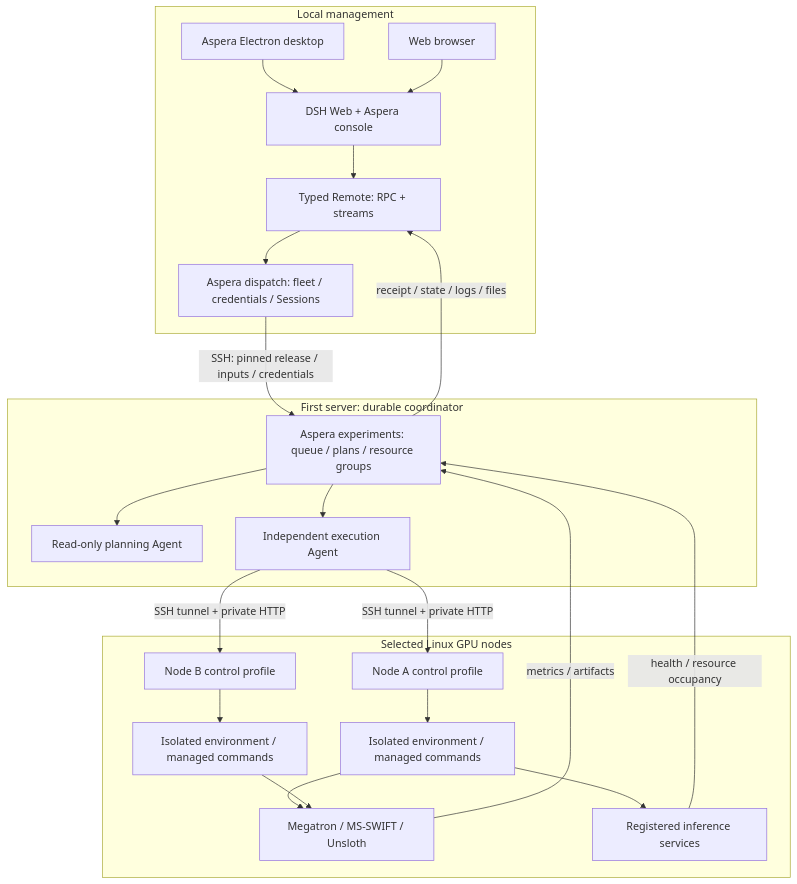
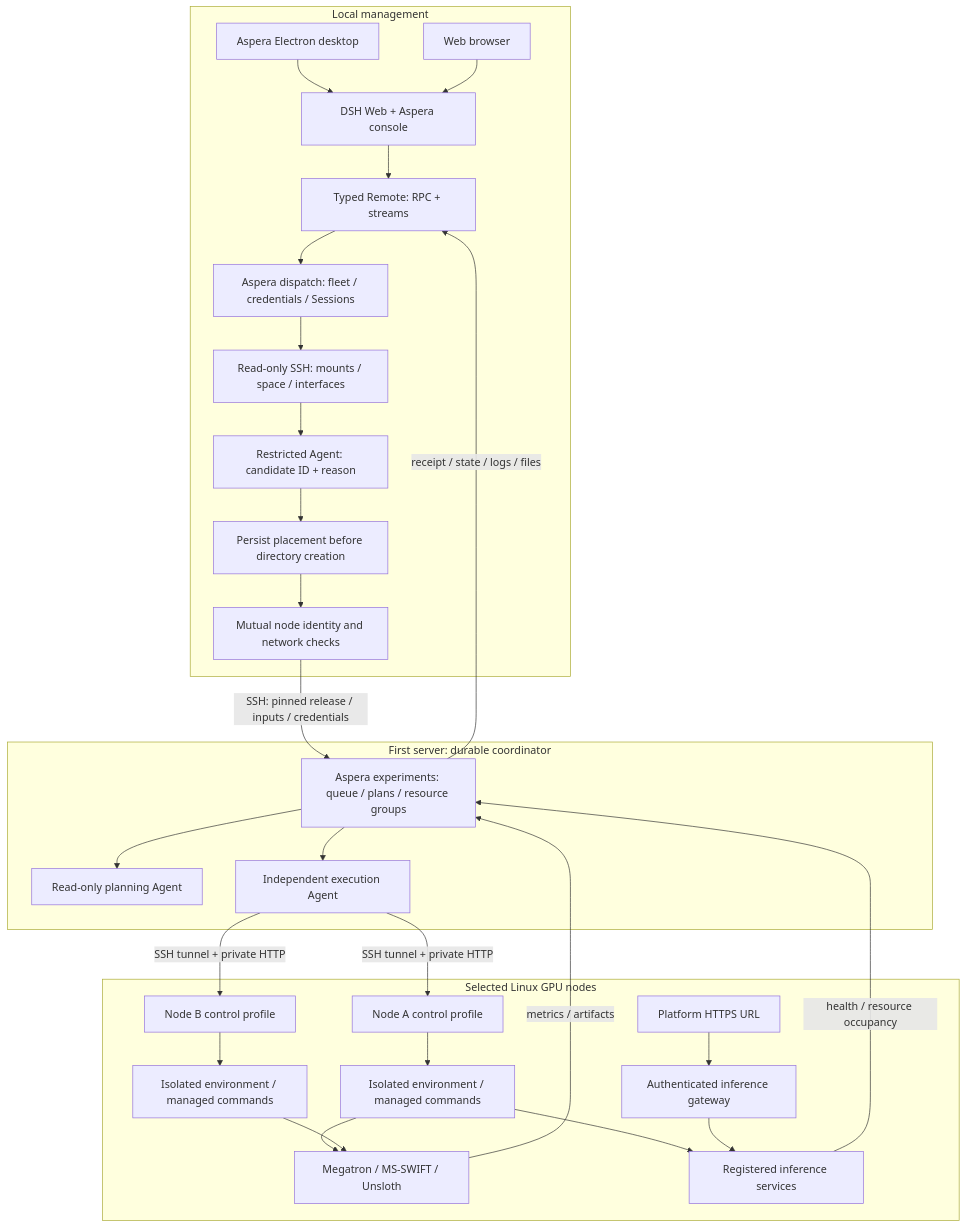
One commit to m4an5you6/aspera-agent changed the first of 2 diagrams in extensions/aspera/docs/architecture.md. Above: the diagram before and after it, drawn with Mermaid. The commit also changed other lines of this file and 96 other files, not shown here.

````diff
--- a/extensions/aspera/docs/architecture.md
+++ b/extensions/aspera/docs/architecture.md
@@ -38,29 +38,35 @@
 ```mermaid
 flowchart TB
   subgraph Local[Local management]
     Desktop[Aspera Electron desktop] --> Page[DSH Web + Aspera console]
     Browser[Web browser] --> Page
     Page --> Remote[Typed Remote: RPC + streams]
     Remote --> Fleet[Aspera dispatch: fleet / credentials / Sessions]
+    Fleet --> Inventory[Read-only SSH: mounts / space / interfaces]
+    Inventory --> Selection[Restricted Agent: candidate ID + reason]
+    Selection --> Placement[Persist placement before directory creation]
+    Placement --> Network[Mutual node identity and network checks]
   end
   subgraph Coordinator[First server: durable coordinator]
     Queue[Aspera experiments: queue / plans / resource groups]
     Planner[Read-only planning Agent]
     Executor[Independent execution Agent]
     Queue --> Planner
     Queue --> Executor
   end
-  Fleet -- SSH: pinned release / inputs / credentials --> Queue
+  Network -- SSH: pinned release / inputs / credentials --> Queue
   Queue -- receipt / state / logs / files --> Remote
   subgraph Nodes[Selected Linux GPU nodes]
     NodeA[Node A control profile] --> RunA[Isolated environment / managed commands]
     NodeB[Node B control profile] --> RunB[Isolated environment / managed commands]
     RunA --> Frameworks[Megatron / MS-SWIFT / Unsloth]
     RunB --> Frameworks
     RunA --> Service[Registered inference services]
+    External[Platform HTTPS URL] --> Gateway[Authenticated inference gateway]
+    Gateway --> Service
   end
   Executor -- SSH tunnel + private HTTP --> NodeA
   Executor -- SSH tunnel + private HTTP --> NodeB
   Frameworks -- metrics / artifacts --> Queue
   Service -- health / resource occupancy --> Queue
 ```
````
